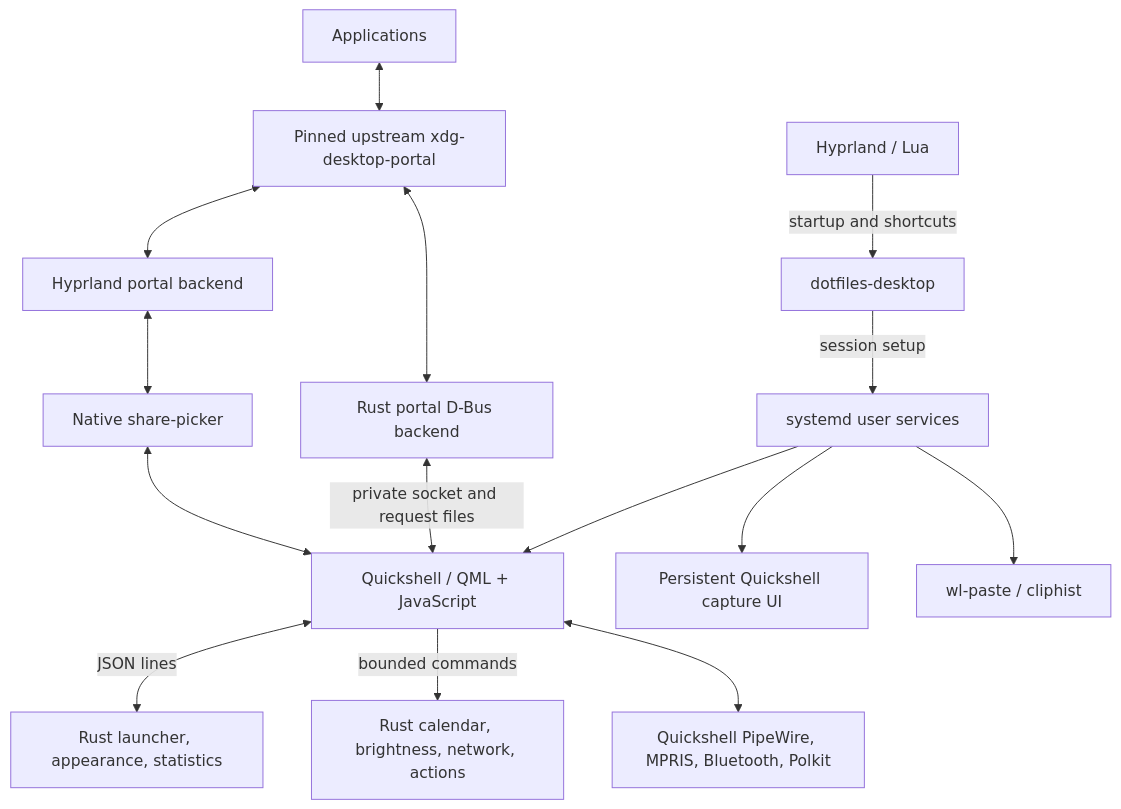
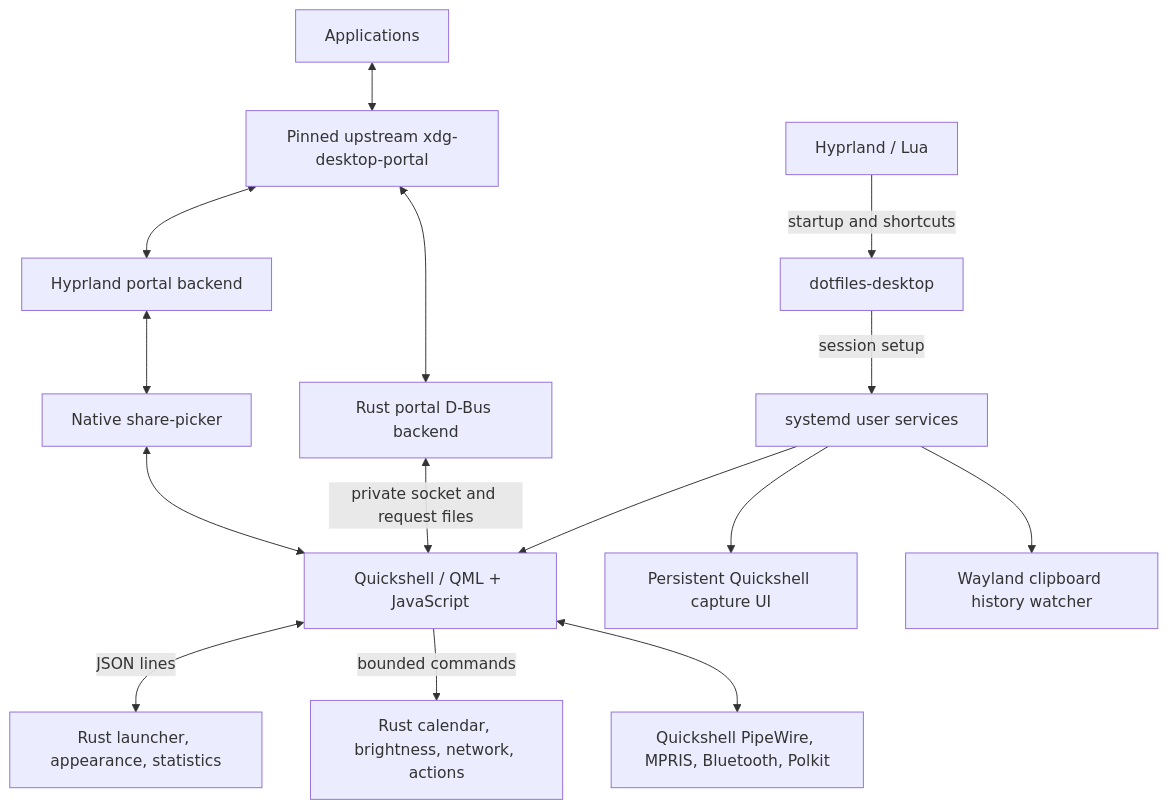
The diagram in hyprland/native/README.md (ExposedCat/dotfiles), drawn with Mermaid before and after one commit. The commit also changed 55 other files, not shown here.

Commit message:
feat: add native clipboard history and popup UI

````diff
--- a/hyprland/native/README.md
+++ b/hyprland/native/README.md
@@ -7,17 +7,17 @@
 ```mermaid
 flowchart TD
     Hyprland[Hyprland / Lua] -->|startup and shortcuts| Native[dotfiles-desktop]
     Native -->|session setup| Systemd[systemd user services]
     Systemd --> Shell[Quickshell / QML + JavaScript]
     Systemd --> Capture[Persistent Quickshell capture UI]
-    Systemd --> Clipboard[wl-paste / cliphist]
+    Systemd --> Clipboard[Wayland clipboard history watcher]
     Shell <-->|JSON lines| Workers[Rust launcher, appearance, statistics]
     Shell -->|bounded commands| Actions[Rust calendar, brightness, network, actions]
     Shell <--> Integrations[Quickshell PipeWire, MPRIS, Bluetooth, Polkit]
     Apps[Applications] <--> Frontend[Pinned upstream xdg-desktop-portal]
     Frontend <--> Backend[Rust portal D-Bus backend]
     Backend <-->|private socket and request files| Shell
     Frontend <--> XDPH[Hyprland portal backend]
     XDPH <--> Picker[Native share-picker]
     Picker <--> Shell
 ```
````
